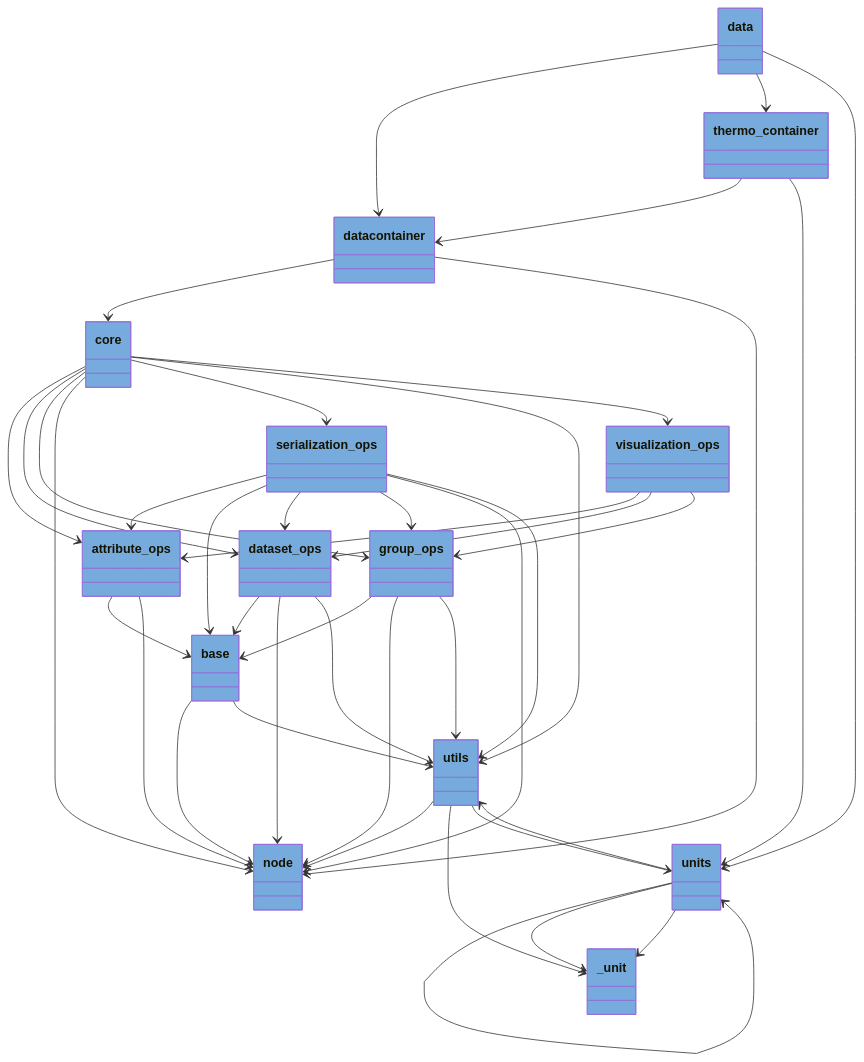
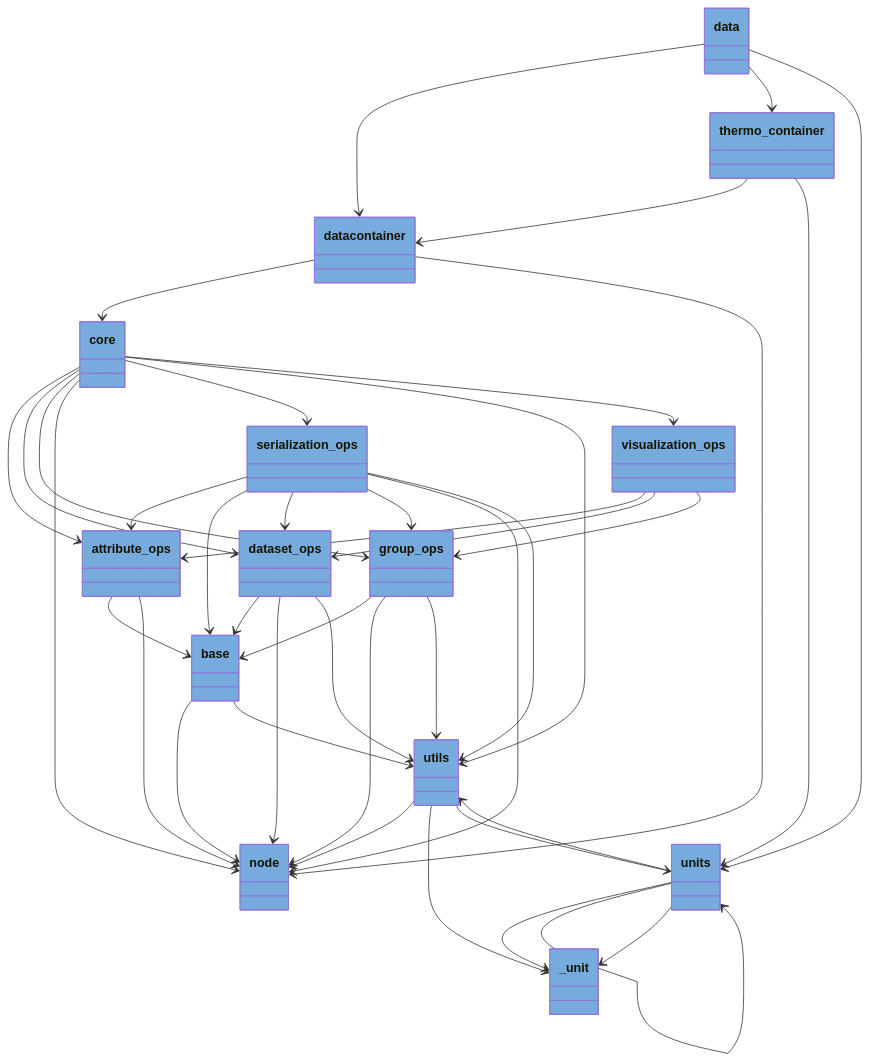
One commit to voidsy-gmbh/pyThermoNDT changed the diagram in docs/pyreverse/mermaid/packages_pythermondt.data.mmd. Above: the diagram before and after it, drawn with Mermaid. The commit also changed other lines of this file and 19 other files, not shown here.

```diff
--- a/docs/pyreverse/mermaid/packages_pythermondt.data.mmd
+++ b/docs/pyreverse/mermaid/packages_pythermondt.data.mmd
@@ -1,89 +1,89 @@
 classDiagram
   class data {
   }
   style data fill:#77AADD
   class datacontainer {
   }
   style datacontainer fill:#77AADD
   class attribute_ops {
   }
   style attribute_ops fill:#77AADD
   class base {
   }
   style base fill:#77AADD
   class core {
   }
   style core fill:#77AADD
   class dataset_ops {
   }
   style dataset_ops fill:#77AADD
   class group_ops {
   }
   style group_ops fill:#77AADD
   class node {
   }
   style node fill:#77AADD
   class serialization_ops {
   }
   style serialization_ops fill:#77AADD
   class utils {
   }
   style utils fill:#77AADD
   class visualization_ops {
   }
   style visualization_ops fill:#77AADD
   class thermo_container {
   }
   style thermo_container fill:#77AADD
   class units {
   }
   style units fill:#77AADD
   class _unit {
   }
   style _unit fill:#77AADD
   class units {
   }
   style units fill:#77AADD
   class utils {
   }
   style utils fill:#77AADD
   data --> datacontainer
   data --> thermo_container
   data --> units
   datacontainer --> core
   datacontainer --> node
   attribute_ops --> base
   attribute_ops --> node
   base --> node
   base --> utils
   core --> attribute_ops
   core --> dataset_ops
   core --> group_ops
   core --> node
   core --> serialization_ops
   core --> utils
   core --> visualization_ops
   dataset_ops --> base
   dataset_ops --> node
   dataset_ops --> utils
   group_ops --> base
   group_ops --> node
   group_ops --> utils
   serialization_ops --> attribute_ops
   serialization_ops --> base
   serialization_ops --> dataset_ops
   serialization_ops --> group_ops
   serialization_ops --> node
   serialization_ops --> utils
   utils --> node
   visualization_ops --> attribute_ops
   visualization_ops --> dataset_ops
   visualization_ops --> group_ops
   thermo_container --> datacontainer
   thermo_container --> units
+  units --> _unit
   units --> units
-  units --> _unit
   units --> utils
   units --> _unit
   utils --> _unit
   utils --> units
```
